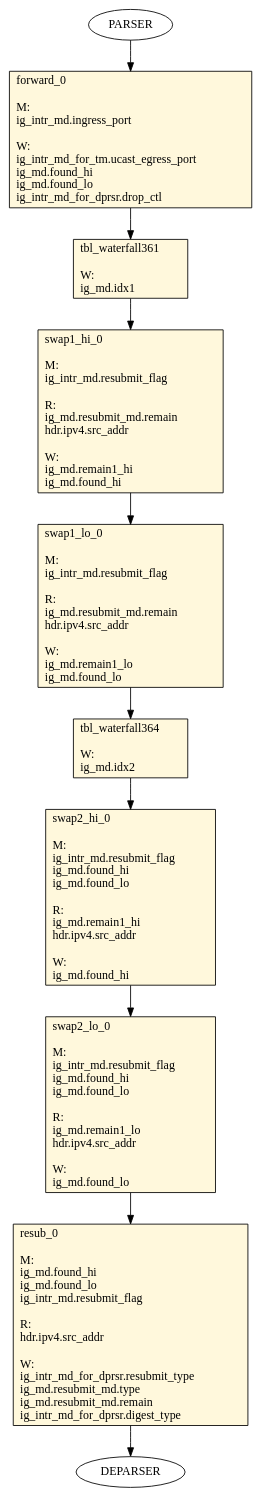
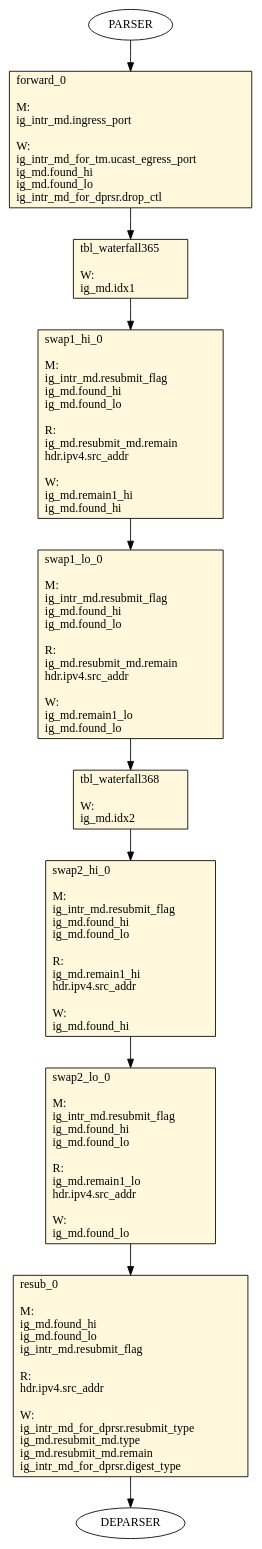
The diagram in waterfall-fcm-srctuple/waterfall_fcm/tofino/pipe/graphs/0_table_flow_graph_ingress.dot (joepboumans/waterfall-table), drawn with Graphviz before and after one commit. The commit also changed 36 other files, not shown here.

```diff
--- a/waterfall-fcm-srctuple/waterfall_fcm/tofino/pipe/graphs/0_table_flow_graph_ingress.dot
+++ b/waterfall-fcm-srctuple/waterfall_fcm/tofino/pipe/graphs/0_table_flow_graph_ingress.dot
@@ -1,83 +1,87 @@
 digraph ingress {
 forward_0 [ shape=record, style="filled", fillcolor=cornsilk, label="forward_0\l\l
 M:\l
  ig_intr_md.ingress_port\l
 \lW:\l
  ig_intr_md_for_tm.ucast_egress_port\l
  ig_md.found_hi\l
  ig_md.found_lo\l
  ig_intr_md_for_dprsr.drop_ctl\l
  "];
-tbl_waterfall361 [ shape=record, style="filled", fillcolor=cornsilk, label="tbl_waterfall361\l\l
+tbl_waterfall365 [ shape=record, style="filled", fillcolor=cornsilk, label="tbl_waterfall365\l\l
 W:\l
  ig_md.idx1\l
  "];
 swap1_hi_0 [ shape=record, style="filled", fillcolor=cornsilk, label="swap1_hi_0\l\l
 M:\l
  ig_intr_md.resubmit_flag\l
+ ig_md.found_hi\l
+ ig_md.found_lo\l
 \lR:\l
  ig_md.resubmit_md.remain\l
  hdr.ipv4.src_addr\l
 \lW:\l
  ig_md.remain1_hi\l
  ig_md.found_hi\l
  "];
 swap1_lo_0 [ shape=record, style="filled", fillcolor=cornsilk, label="swap1_lo_0\l\l
 M:\l
  ig_intr_md.resubmit_flag\l
+ ig_md.found_hi\l
+ ig_md.found_lo\l
 \lR:\l
  ig_md.resubmit_md.remain\l
  hdr.ipv4.src_addr\l
 \lW:\l
  ig_md.remain1_lo\l
  ig_md.found_lo\l
  "];
-tbl_waterfall364 [ shape=record, style="filled", fillcolor=cornsilk, label="tbl_waterfall364\l\l
+tbl_waterfall368 [ shape=record, style="filled", fillcolor=cornsilk, label="tbl_waterfall368\l\l
 W:\l
  ig_md.idx2\l
  "];
 swap2_hi_0 [ shape=record, style="filled", fillcolor=cornsilk, label="swap2_hi_0\l\l
 M:\l
  ig_intr_md.resubmit_flag\l
  ig_md.found_hi\l
  ig_md.found_lo\l
 \lR:\l
  ig_md.remain1_hi\l
  hdr.ipv4.src_addr\l
 \lW:\l
  ig_md.found_hi\l
  "];
 swap2_lo_0 [ shape=record, style="filled", fillcolor=cornsilk, label="swap2_lo_0\l\l
 M:\l
  ig_intr_md.resubmit_flag\l
  ig_md.found_hi\l
  ig_md.found_lo\l
 \lR:\l
  ig_md.remain1_lo\l
  hdr.ipv4.src_addr\l
 \lW:\l
  ig_md.found_lo\l
  "];
 resub_0 [ shape=record, style="filled", fillcolor=cornsilk, label="resub_0\l\l
 M:\l
  ig_md.found_hi\l
  ig_md.found_lo\l
  ig_intr_md.resubmit_flag\l
 \lR:\l
  hdr.ipv4.src_addr\l
 \lW:\l
  ig_intr_md_for_dprsr.resubmit_type\l
  ig_md.resubmit_md.type\l
  ig_md.resubmit_md.remain\l
  ig_intr_md_for_dprsr.digest_type\l
  "];
     PARSER -> forward_0
-    forward_0 -> tbl_waterfall361
-    tbl_waterfall361 -> swap1_hi_0
+    forward_0 -> tbl_waterfall365
+    tbl_waterfall365 -> swap1_hi_0
     swap1_hi_0 -> swap1_lo_0
-    swap1_lo_0 -> tbl_waterfall364
-    tbl_waterfall364 -> swap2_hi_0
+    swap1_lo_0 -> tbl_waterfall368
+    tbl_waterfall368 -> swap2_hi_0
     swap2_hi_0 -> swap2_lo_0
     swap2_lo_0 -> resub_0
     resub_0 -> DEPARSER
 }
```
